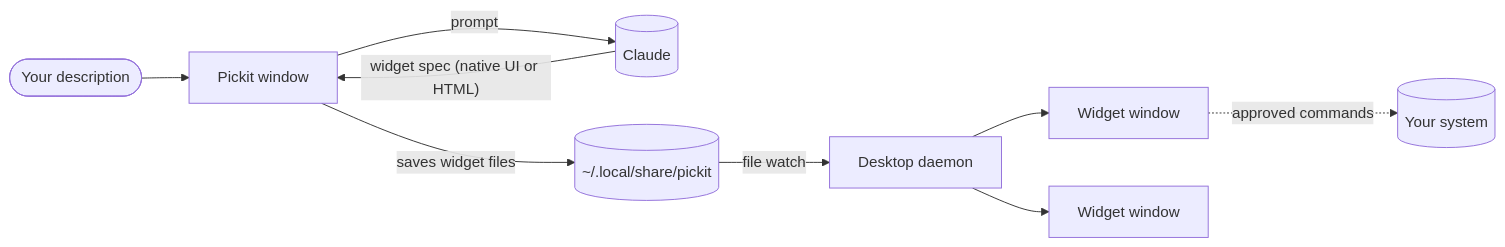
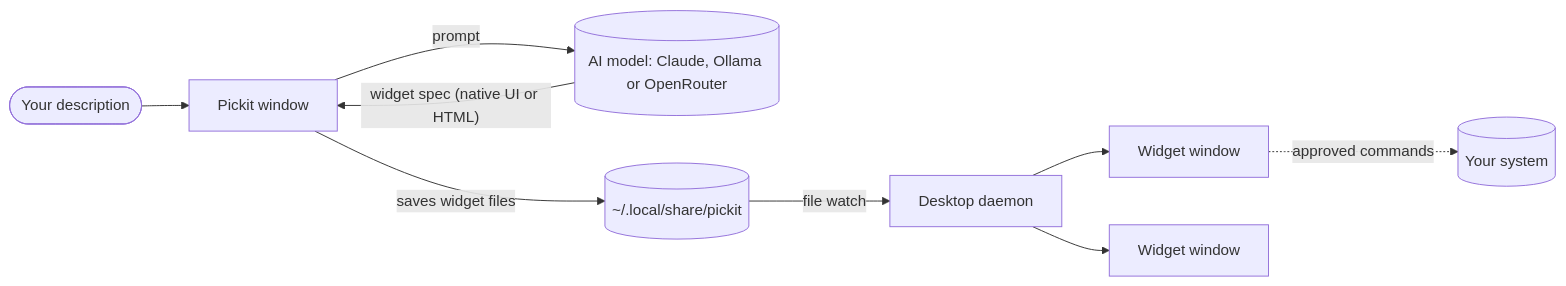
One commit to dengo07/pickit changed the diagram in README.md. Above: the diagram before and after it, drawn with Mermaid. The commit also changed other lines of this file and 13 other files, not shown here.

First line of the commit message:
Ollama and OpenRouter backends (1.2.0)

````diff
--- a/README.md
+++ b/README.md
@@ -97,11 +104,11 @@
 ```mermaid
 flowchart LR
   you([Your description]) --> maker[Pickit window]
-  maker -- prompt --> claude[(Claude)]
-  claude -- "widget spec (native UI or HTML)" --> maker
+  maker -- prompt --> ai[("AI model: Claude, Ollama or OpenRouter")]
+  ai -- "widget spec (native UI or HTML)" --> maker
   maker -- "saves widget files" --> store[("~/.local/share/pickit")]
   store -- "file watch" --> daemon[Desktop daemon]
   daemon --> w1[Widget window]
   daemon --> w2[Widget window]
   w1 -. "approved commands" .-> host[(Your system)]
 ```
````
